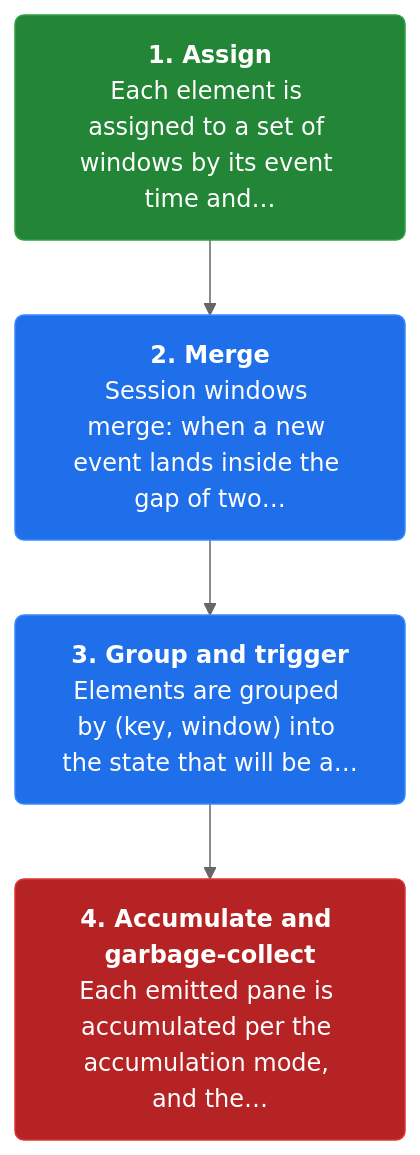
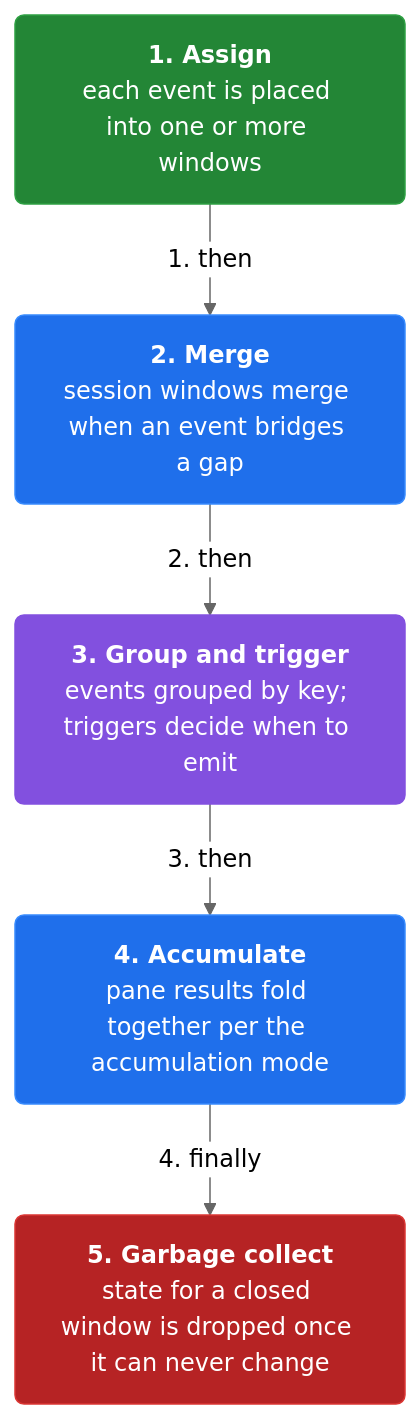
One commit to vinayakuber/streaming-systems-study-guide changed the second of 19 diagrams in docs/ch04-advanced-windowing.md. Above: the diagram before and after it, drawn with Mermaid (neutral theme). The commit also changed other lines of this file and 12 other files, not shown here.

First line of the commit message:
Author per-section and per-card mermaid diagrams (110 diagrams)

````diff
--- a/docs/ch04-advanced-windowing.md
+++ b/docs/ch04-advanced-windowing.md
@@ -52,13 +54,17 @@
 ```mermaid
 flowchart TD
-  classDef step fill:#1f6feb,color:#ffffff,stroke:#388bfd,stroke-width:1px,rx:6
+  classDef step fill:#1f6feb,color:#ffffff,stroke:#388bfd,rx:6
+  classDef core fill:#8250df,color:#ffffff,stroke:#8250df,rx:6
+  classDef warn fill:#d29922,color:#ffffff,stroke:#d29922,rx:6
   classDef start fill:#238636,color:#ffffff,stroke:#2ea043,rx:6
   classDef stop fill:#b62324,color:#ffffff,stroke:#da3633,rx:6
-  s1n0["<b>1. Assign</b><br/>Each element is assigned to a set of windows by its event time and…"]:::start
-  s1n1["<b>2. Merge</b><br/>Session windows merge: when a new event lands inside the gap of two…"]:::step
-  s1n2["<b>3. Group and trigger</b><br/>Elements are grouped by (key, window) into the state that will be a…"]:::step
-  s1n3["<b>4. Accumulate and garbage-collect</b><br/>Each emitted pane is accumulated per the accumulation mode, and the…"]:::stop
-  s1n0 --> s1n1
-  s1n1 --> s1n2
-  s1n2 --> s1n3
+  n0["<b>1. Assign</b><br/>each event is placed into one or more windows"]:::start
+  n1["<b>2. Merge</b><br/>session windows merge when an event bridges a gap"]:::step
+  n2["<b>3. Group and trigger</b><br/>events grouped by key; triggers decide when to emit"]:::core
+  n3["<b>4. Accumulate</b><br/>pane results fold together per the accumulation mode"]:::step
+  n4["<b>5. Garbage collect</b><br/>state for a closed window is dropped once it can never change"]:::stop
+  n0 -->|"1. then"| n1
+  n1 -->|"2. then"| n2
+  n2 -->|"3. then"| n3
+  n3 -->|"4. finally"| n4
 ```
````
